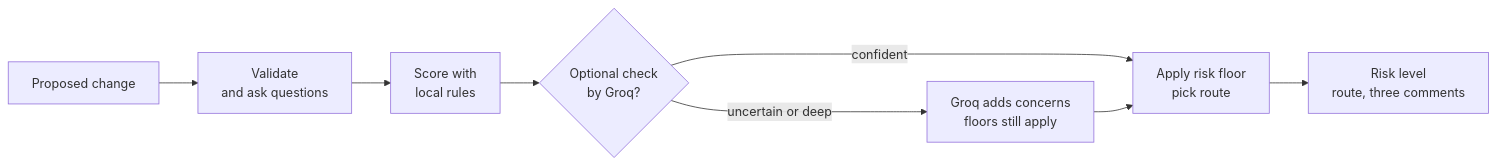
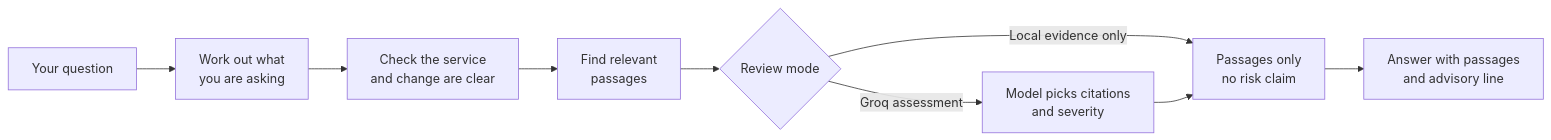
One commit to rajesamp/CRA2 changed the diagram in docs/architecture-overview.md. Above: the diagram before and after it, drawn with Mermaid. The commit also changed other lines of this file and 6 other files, not shown here.

````diff
--- a/docs/architecture-overview.md
+++ b/docs/architecture-overview.md
@@ -16,10 +67,11 @@
 ```mermaid
 flowchart LR
-    A[Proposed change] --> B[Validate<br/>and ask questions]
-    B --> C[Score with<br/>local rules]
-    C --> D{Optional check<br/>by Groq?}
-    D -- "uncertain or deep" --> E[Groq adds concerns<br/>floors still apply]
-    D -- "confident" ----> F[Apply risk floor<br/>pick route]
-    E --> F
-    F --> G[Risk level<br/>route, three comments]
+    A[Your question] --> B[Work out what<br/>you are asking]
+    B --> C[Check the service<br/>and change are clear]
+    C --> D[Find relevant<br/>passages]
+    D --> E{Review mode}
+    E -- "Local evidence only" --> F[Passages only<br/>no risk claim]
+    E -- "Groq assessment" --> G[Model picks citations<br/>and severity]
+    G --> F
+    F --> H[Answer with passages<br/>and advisory line]
 ```
````
